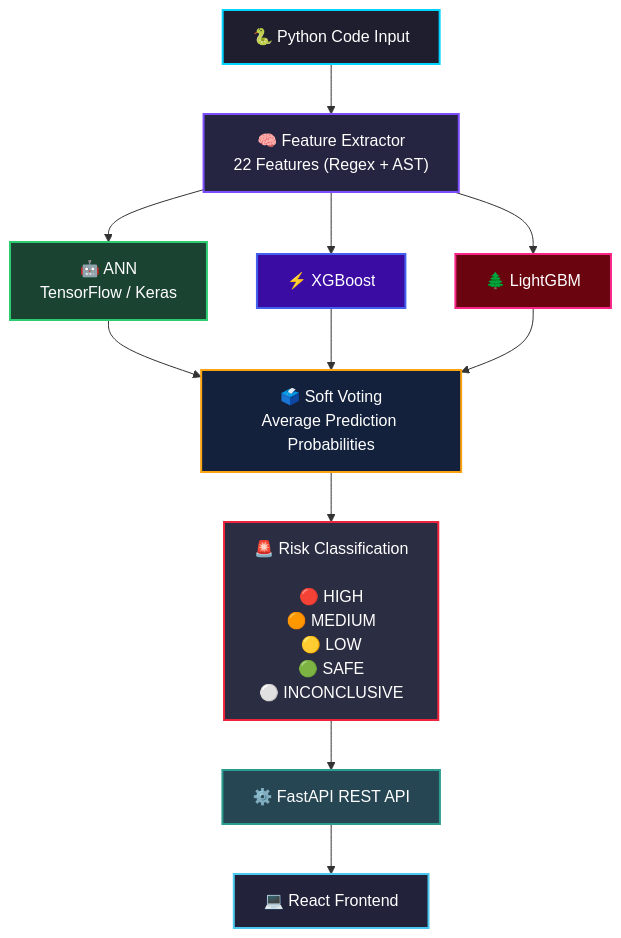
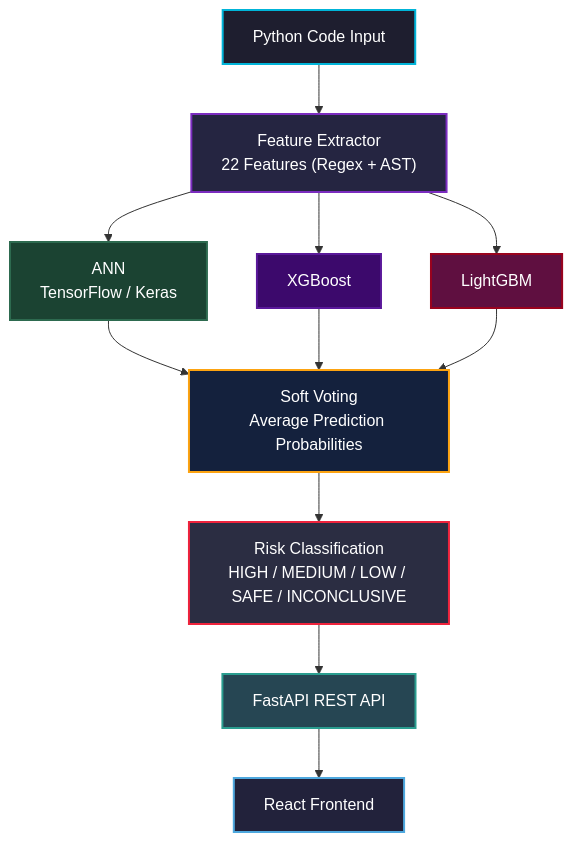
One commit to AdeenaRamzan/securescope-ai changed the diagram in README.md. Above: the diagram before and after it, drawn with Mermaid. The commit also changed other lines of this file, not shown here.

````diff
--- a/README.md
+++ b/README.md
@@ -63,28 +55,28 @@
-```mermaid
+```mermaid id="m68g8q"
 flowchart TD
 
-    A["🐍 Python Code Input"] --> B["🧠 Feature Extractor<br/>22 Features (Regex + AST)"]
+    A["Python Code Input"] --> B["Feature Extractor<br/>22 Features (Regex + AST)"]
 
-    B --> C["🤖 ANN<br/>TensorFlow / Keras"]
-    B --> D["⚡ XGBoost"]
-    B --> E["🌲 LightGBM"]
+    B --> C["ANN<br/>TensorFlow / Keras"]
+    B --> D["XGBoost"]
+    B --> E["LightGBM"]
 
-    C --> F["🗳️ Soft Voting<br/>Average Prediction Probabilities"]
+    C --> F["Soft Voting<br/>Average Prediction Probabilities"]
     D --> F
     E --> F
 
-    F --> G["🚨 Risk Classification<br/><br/>🔴 HIGH<br/>🟠 MEDIUM<br/>🟡 LOW<br/>🟢 SAFE<br/>⚪ INCONCLUSIVE"]
+    F --> G["Risk Classification<br/>HIGH / MEDIUM / LOW / SAFE / INCONCLUSIVE"]
 
-    G --> H["⚙️ FastAPI REST API"]
-    H --> I["💻 React Frontend"]
+    G --> H["FastAPI REST API"]
+    H --> I["React Frontend"]
 
-    style A fill:#1e1e2f,color:#fff,stroke:#00d4ff,stroke-width:2px
-    style B fill:#252541,color:#fff,stroke:#7c4dff,stroke-width:2px
-    style C fill:#1b4332,color:#fff,stroke:#2ecc71,stroke-width:2px
-    style D fill:#3a0ca3,color:#fff,stroke:#4361ee,stroke-width:2px
-    style E fill:#6a040f,color:#fff,stroke:#f72585,stroke-width:2px
+    style A fill:#1e1e2f,color:#fff,stroke:#00b4d8,stroke-width:2px
+    style B fill:#252541,color:#fff,stroke:#7b2cbf,stroke-width:2px
+    style C fill:#1b4332,color:#fff,stroke:#2d6a4f,stroke-width:2px
+    style D fill:#3c096c,color:#fff,stroke:#5a189a,stroke-width:2px
+    style E fill:#5f0f40,color:#fff,stroke:#9a031e,stroke-width:2px
     style F fill:#14213d,color:#fff,stroke:#fca311,stroke-width:2px
     style G fill:#2b2d42,color:#fff,stroke:#ef233c,stroke-width:2px
     style H fill:#264653,color:#fff,stroke:#2a9d8f,stroke-width:2px
-    style I fill:#22223b,color:#fff,stroke:#4cc9f0,stroke-width:2px
+    style I fill:#22223b,color:#fff,stroke:#4ea8de,stroke-width:2px
 ```
````
